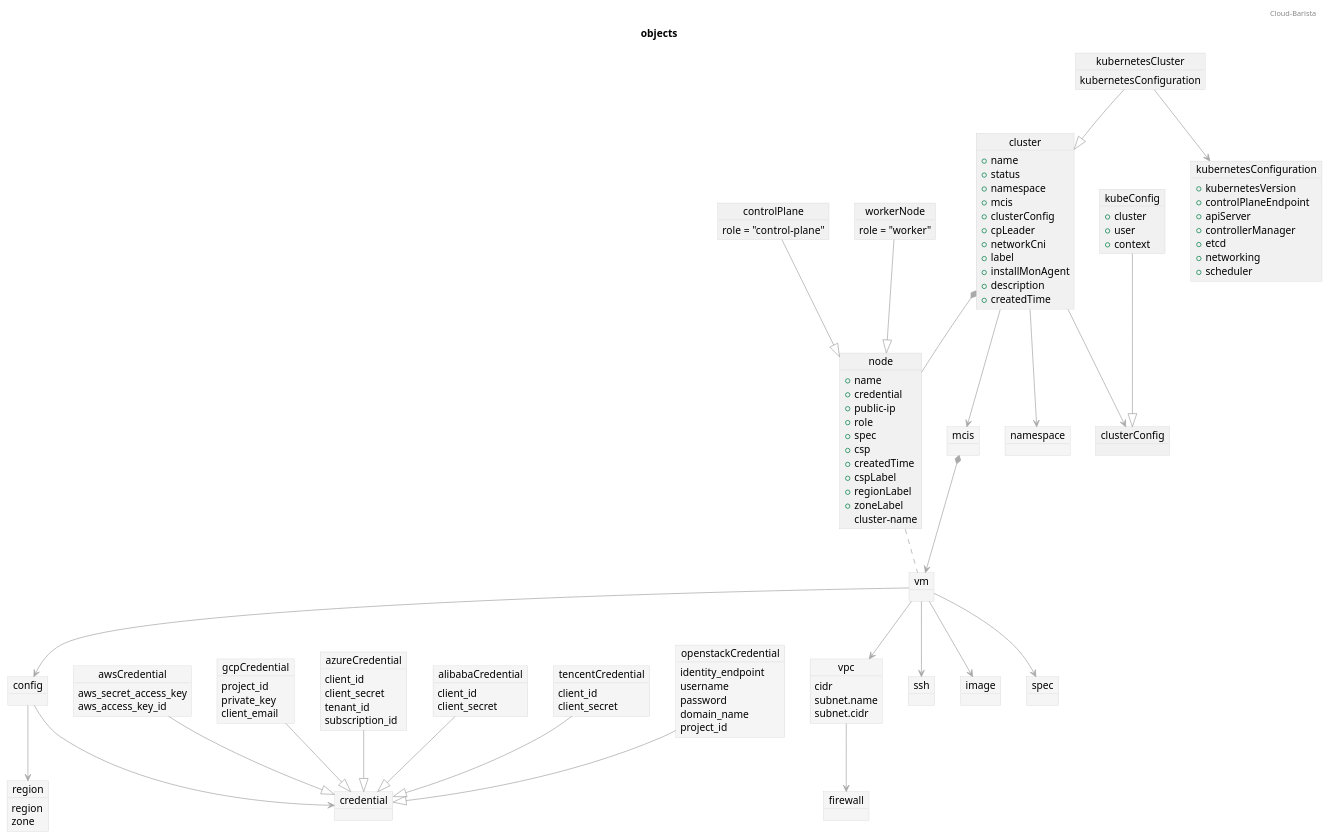
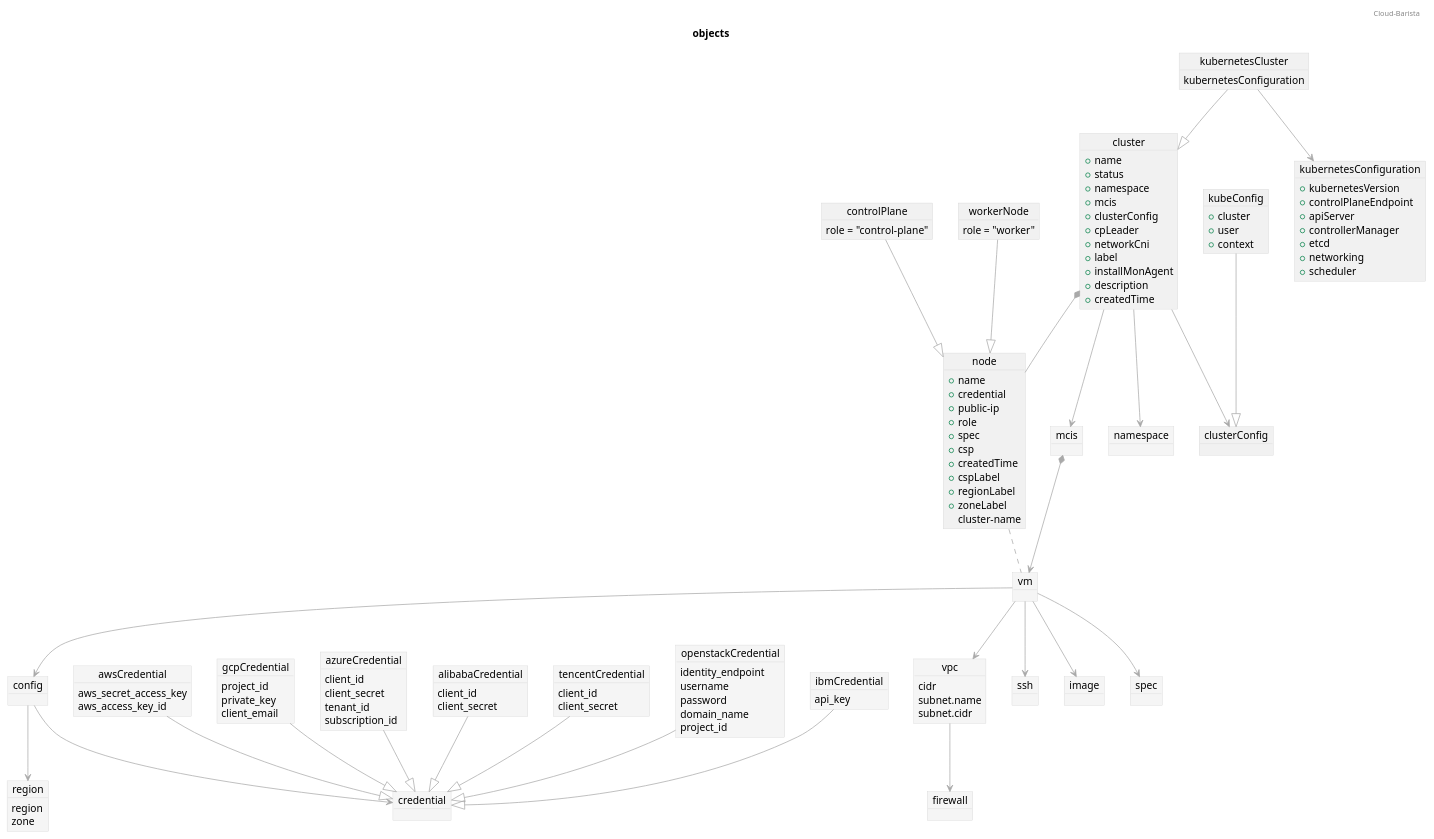
One commit to cloud-barista/cb-ladybug changed the diagram in docs/design/objects.puml. Above: the diagram before and after it, drawn with PlantUML. The commit also changed 9 other files, not shown here.

```diff
--- a/docs/design/objects.puml
+++ b/docs/design/objects.puml
@@ -1,180 +1,184 @@
 @startuml
 
 header Cloud-Barista
 title objects
 skinparam object {
 	' backgroundColor	GreenYellow
 	ArrowColor		DarkGray
 	BorderColor		LightGray
 }
 
 ' # spider ----------------
 object region #WhiteSmoke {
 	region
 	zone
 }
 object credential #WhiteSmoke {
 }
 object awsCredential #WhiteSmoke {
 	aws_secret_access_key
 	aws_access_key_id
 }
 object gcpCredential #WhiteSmoke {
 	project_id
 	private_key
 	client_email
 }
 object azureCredential #WhiteSmoke {
 	client_id
 	client_secret
 	tenant_id	
 	subscription_id
 }
 object alibabaCredential #WhiteSmoke {
 	client_id
 	client_secret
 }
 object tencentCredential #WhiteSmoke {
 	client_id
 	client_secret
 }
 object openstackCredential #WhiteSmoke {
 	identity_endpoint
 	username
 	password
 	domain_name
 	project_id
 }
+object ibmCredential #WhiteSmoke {
+	api_key
+}
 
 object config #WhiteSmoke {
 }
 object vm #WhiteSmoke {
 }
 ' }
 awsCredential	--|>	credential
 gcpCredential	--|>	credential
 azureCredential	--|>	credential
 alibabaCredential	--|>	credential
 tencentCredential	--|>	credential
 openstackCredential	--|>	credential
+ibmCredential   --|>	credential
 config			-->		credential
 config			-->		region
 
 ' # tumblebug ----------------
 object namespace #WhiteSmoke {
 }
 object vpc #WhiteSmoke {
 	cidr
 	subnet.name
 	subnet.cidr
 }
 object firewall #WhiteSmoke {
 }
 object ssh #WhiteSmoke {
 }
 object image #WhiteSmoke {
 }
 object spec #WhiteSmoke {
 }
 object mcis #WhiteSmoke {
 }
 
 vpc		-->		firewall
 vm		-->		vpc
 vm		-->		config
 vm		-->		ssh
 vm		-->		image
 vm		-->		spec
 mcis	*-->	vm
 
 
 ' # mcks ----------------
 object cluster {
 	+name
 	+status
 	+namespace
 	+mcis
 	+clusterConfig
 	+cpLeader
 	+networkCni
 	+label
 	+installMonAgent
 	+description
 	+createdTime
 }
 object kubernetesCluster {
 	kubernetesConfiguration
 }
 
 object kubernetesConfiguration {
 	+kubernetesVersion
 	+controlPlaneEndpoint
 	+apiServer
 	+controllerManager
 	+etcd
 	+networking
 	+scheduler
 }
 object node  {
 	+name
 	+credential
 	+public-ip
 	+role
 	+spec
 	+csp
 	+createdTime
 	+cspLabel
 	+regionLabel
 	+zoneLabel
 	cluster-name
 }
 object controlPlane  {
 	role = "control-plane"
 }
 object workerNode  {
 	role = "worker"
 }
 
 controlPlane	--|>	node
 workerNode		--|>	node
 
 
 object clusterConfig  {
 }
 
 object kubeConfig  {
 	+cluster
 	+user
 	+context
 }
 
 cluster		-->	 	namespace
 cluster		*--		node
 cluster		-->		mcis
 cluster		-->		clusterConfig
 
 kubernetesCluster	--|>	cluster
 kubernetesCluster	-->		kubernetesConfiguration
 node				..		vm
 
 kubeConfig		--|>	clusterConfig
 
 
 '' # mcks controller ----------------
 'object clusterDeployment #GreenYellow {
 '	+namespace
 '	+mcis
 '	+controlPlaneCount
 '	+wokrerCount
 '}
 'object nodeSet #GreenYellow {
 '	+replicas
 '}
 
 
 'clusterDeployment	-->		cluster
 'clusterDeployment	..>		mcis
 'nodeSet				*-->	node
 'nodeSet				..		clusterDeployment
 
 @enduml
```
